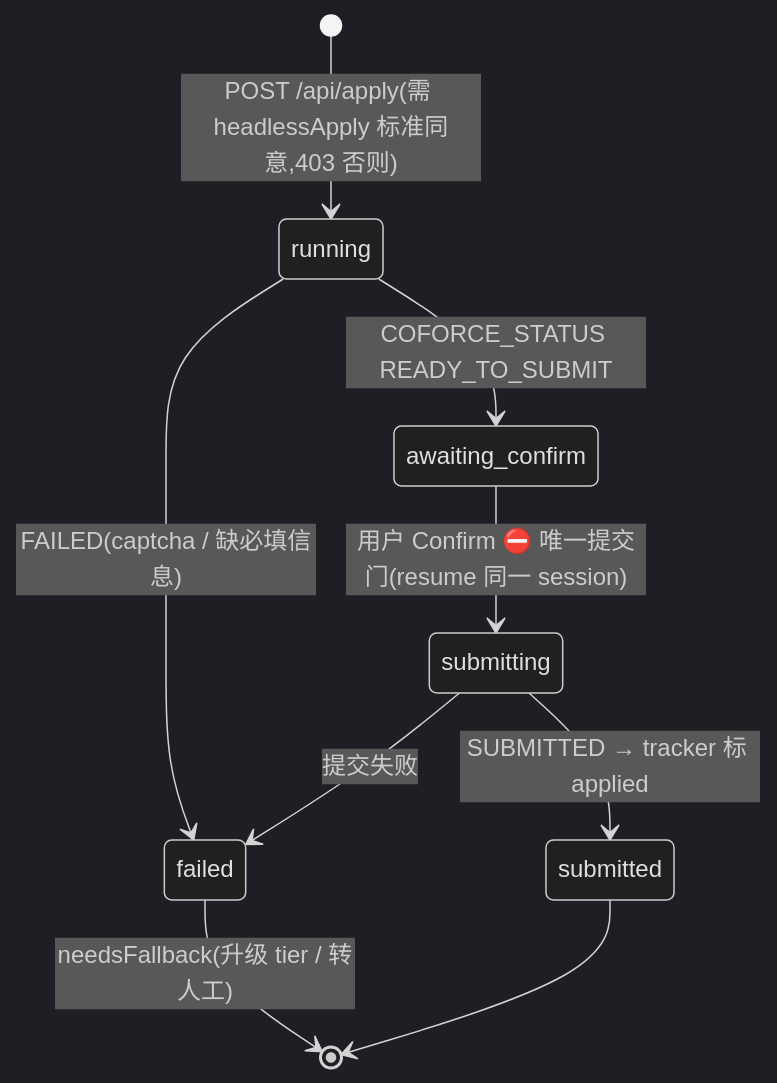
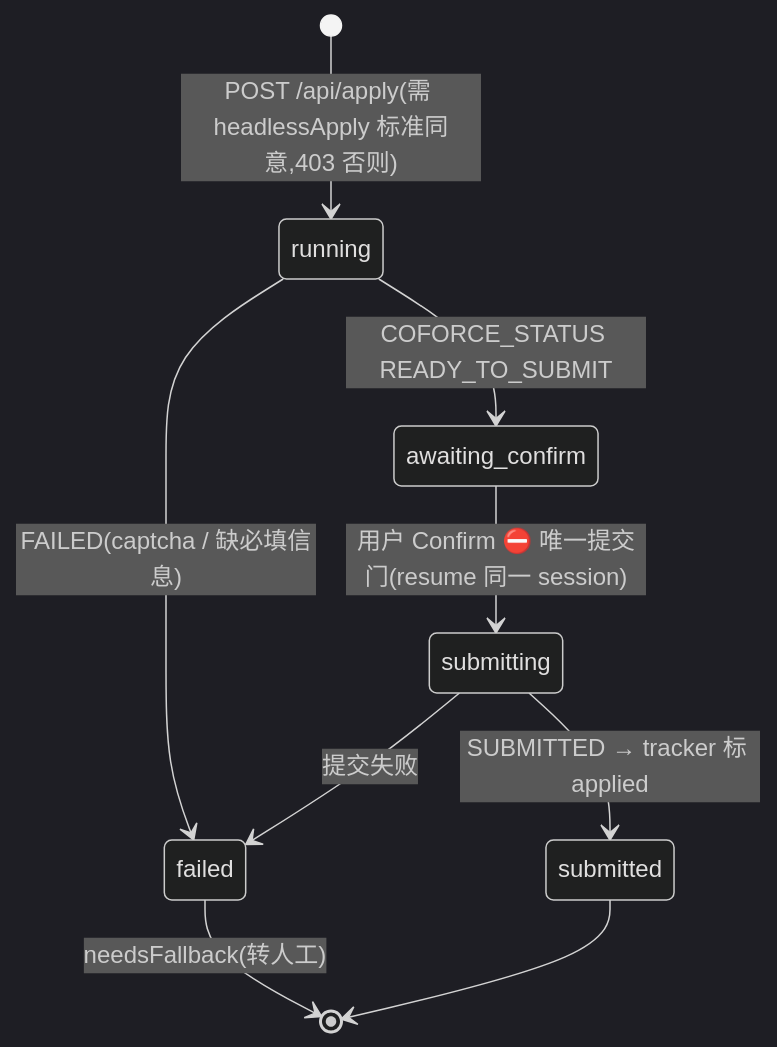
One commit to Sma1lboy/coforce-apply changed the fourth of 4 diagrams in docs/ARCHITECTURE.md. Above: the diagram before and after it, drawn with Mermaid (dark theme). The commit also changed other lines of this file and 155 other files, not shown here.

````diff
--- a/docs/ARCHITECTURE.md
+++ b/docs/ARCHITECTURE.md
@@ -167,11 +166,11 @@
 ```mermaid
 stateDiagram-v2
   [*] --> running: POST /api/apply(需 headlessApply 标准同意,403 否则)
   running --> awaiting_confirm: COFORCE_STATUS READY_TO_SUBMIT
   running --> failed: FAILED(captcha / 缺必填信息)
   awaiting_confirm --> submitting: 用户 Confirm ⛔ 唯一提交门(resume 同一 session)
   submitting --> submitted: SUBMITTED → tracker 标 applied
   submitting --> failed: 提交失败
-  failed --> [*]: needsFallback(升级 tier / 转人工)
+  failed --> [*]: needsFallback(转人工)
   submitted --> [*]
 ```
````
